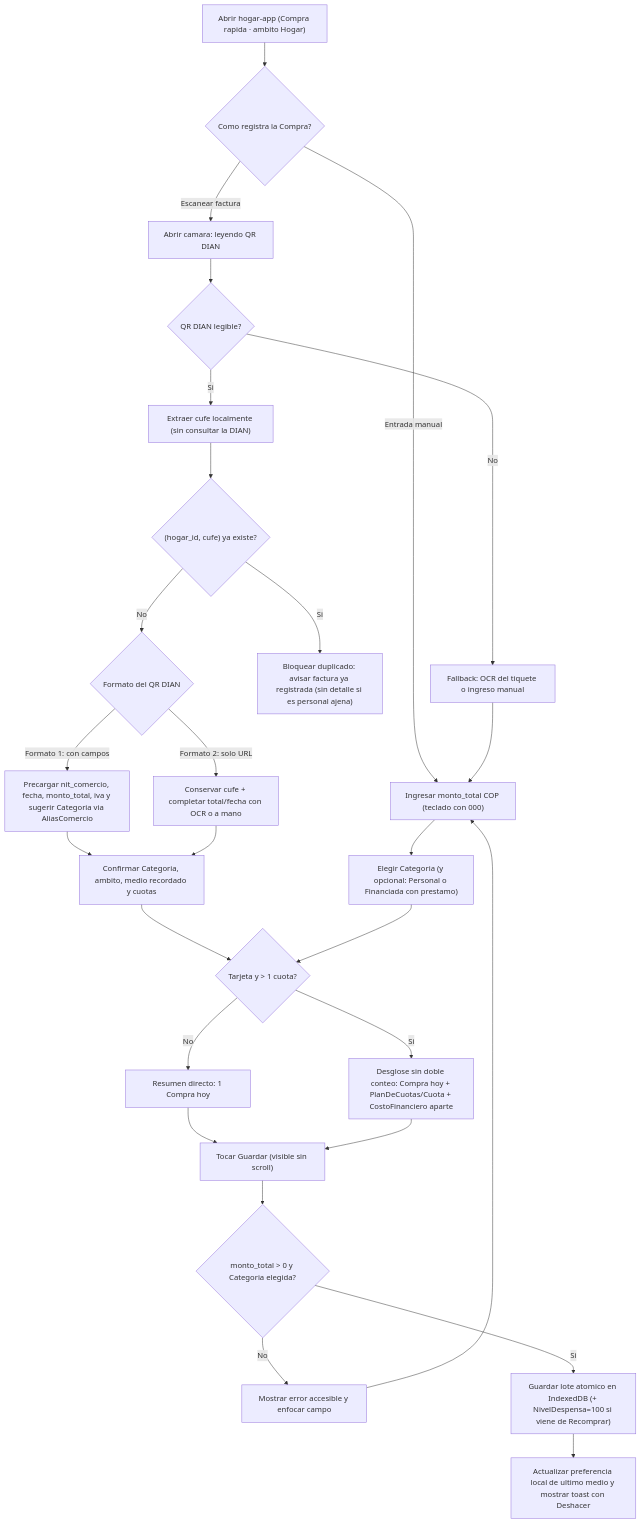
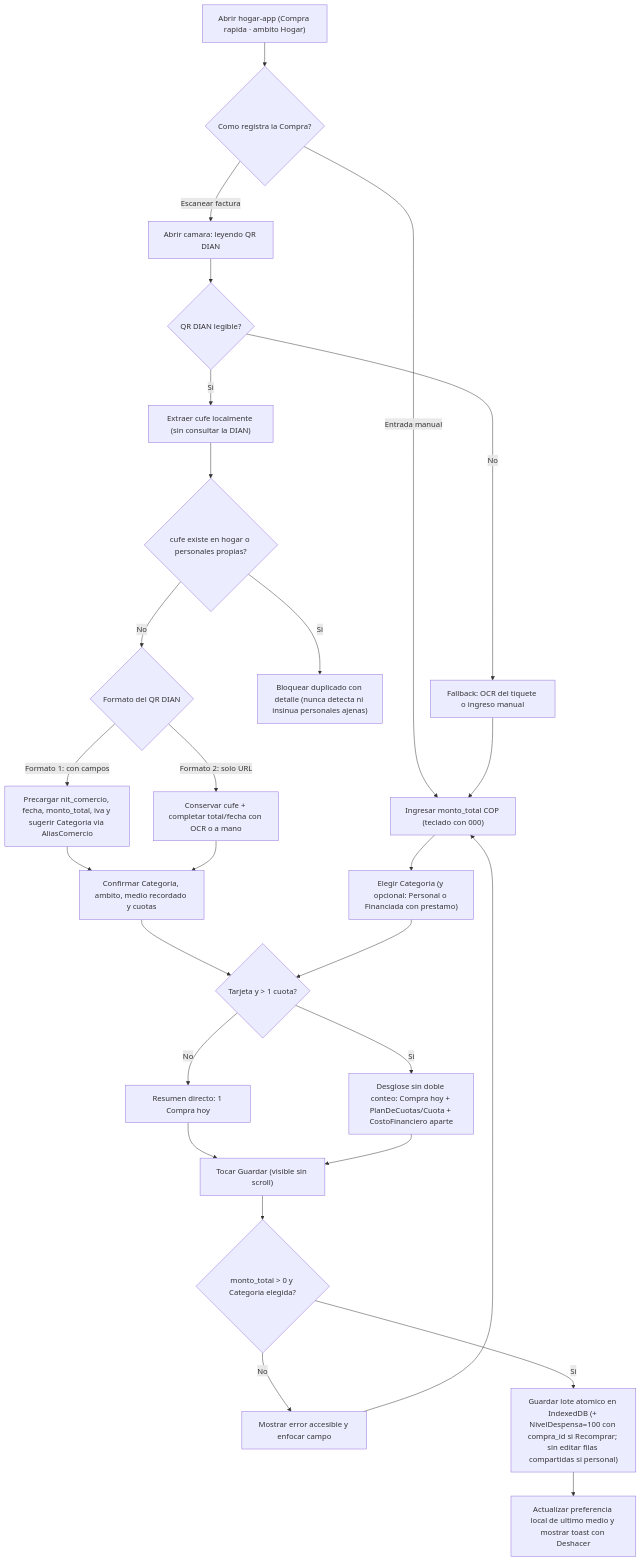
The diagram in docs/flows/compra-rapida.md (meperdev/hogar-app), drawn with Mermaid before and after one commit. The commit also changed other lines of this file and 8 other files, not shown here.

````diff
--- a/docs/flows/compra-rapida.md
+++ b/docs/flows/compra-rapida.md
@@ -151,31 +152,31 @@
 ```mermaid
 flowchart TD
     A["Abrir hogar-app (Compra rapida · ambito Hogar)"] --> B{"Como registra la Compra?"}
     B -- "Entrada manual" --> C["Ingresar monto_total COP (teclado con 000)"]
     C --> D["Elegir Categoria (y opcional: Personal o Financiada con prestamo)"]
 
     B -- "Escanear factura" --> Q1["Abrir camara: leyendo QR DIAN"]
     Q1 --> Q2{"QR DIAN legible?"}
     Q2 -- No --> Q3["Fallback: OCR del tiquete o ingreso manual"]
     Q3 --> C
     Q2 -- Si --> Q4["Extraer cufe localmente (sin consultar la DIAN)"]
-    Q4 --> Q5{"(hogar_id, cufe) ya existe?"}
-    Q5 -- Si --> Q6["Bloquear duplicado: avisar factura ya registrada (sin detalle si es personal ajena)"]
+    Q4 --> Q5{"cufe existe en hogar o personales propias?"}
+    Q5 -- Si --> Q6["Bloquear duplicado con detalle (nunca detecta ni insinua personales ajenas)"]
     Q5 -- No --> Q7{"Formato del QR DIAN"}
     Q7 -- "Formato 1: con campos" --> Q8["Precargar nit_comercio, fecha, monto_total, iva y sugerir Categoria via AliasComercio"]
     Q7 -- "Formato 2: solo URL" --> Q9["Conservar cufe + completar total/fecha con OCR o a mano"]
     Q8 --> Q10["Confirmar Categoria, ambito, medio recordado y cuotas"]
     Q9 --> Q10
     Q10 --> E{"Tarjeta y > 1 cuota?"}
 
     D --> E
     E -- No --> F["Resumen directo: 1 Compra hoy"]
     E -- Si --> G["Desglose sin doble conteo: Compra hoy + PlanDeCuotas/Cuota + CostoFinanciero aparte"]
     F --> H["Tocar Guardar (visible sin scroll)"]
     G --> H
     H --> I{"monto_total > 0 y Categoria elegida?"}
     I -- No --> J["Mostrar error accesible y enfocar campo"]
     J --> C
-    I -- Si --> M["Guardar lote atomico en IndexedDB (+ NivelDespensa=100 si viene de Recomprar)"]
+    I -- Si --> M["Guardar lote atomico en IndexedDB (+ NivelDespensa=100 con compra_id si Recomprar; sin editar filas compartidas si personal)"]
     M --> N["Actualizar preferencia local de ultimo medio y mostrar toast con Deshacer"]
 ```
````
